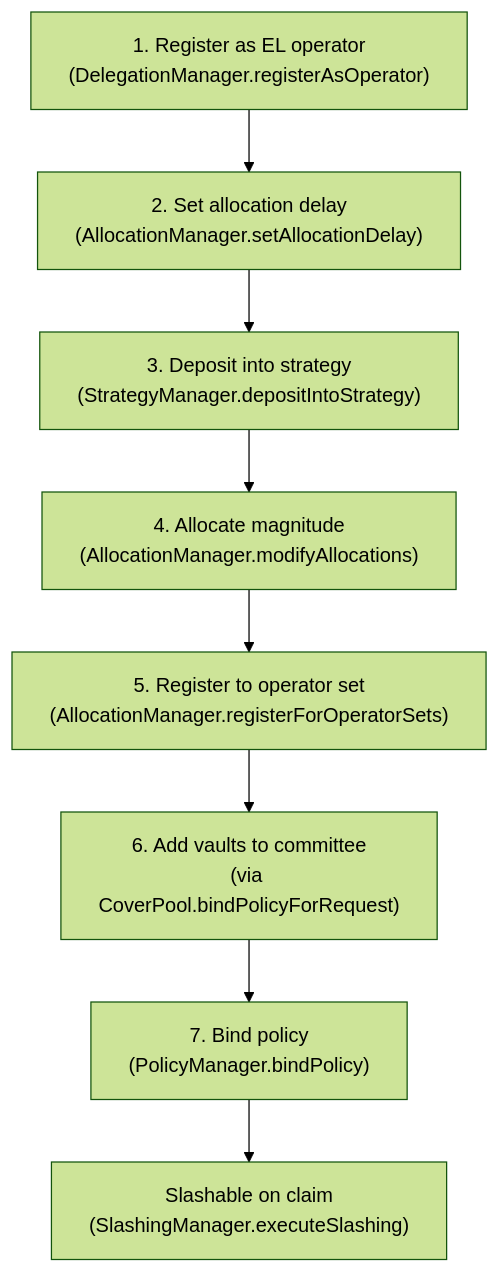
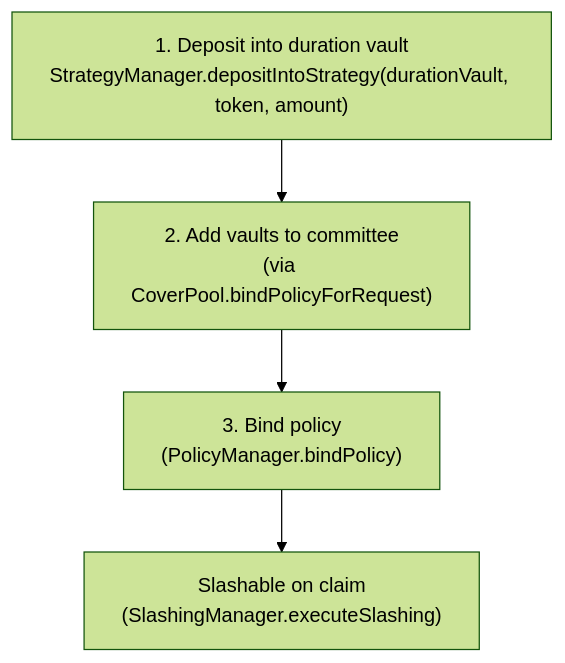
Before and after one commit to 0xcatalysis/coverage: the diagram in docs/architecture/04-restaker-setup.md, drawn with Mermaid (forest theme). The commit also changed other lines of this file and 5 other files, not shown here.

Commit message:
doc: update architecture documentation

````diff
--- a/docs/architecture/04-restaker-setup.md
+++ b/docs/architecture/04-restaker-setup.md
@@ -31,19 +29,11 @@
 ```mermaid
 flowchart TD
-    REG["1. Register as EL operator\n(DelegationManager.registerAsOperator)"]
-    DELAY["2. Set allocation delay\n(AllocationManager.setAllocationDelay)"]
-    DEPOSIT["3. Deposit into strategy\n(StrategyManager.depositIntoStrategy)"]
-    ALLOC["4. Allocate magnitude\n(AllocationManager.modifyAllocations)"]
-    OPSET["5. Register to operator set\n(AllocationManager.registerForOperatorSets)"]
-    VAULTS["6. Add vaults to committee\n(via CoverPool.bindPolicyForRequest)"]
-    BIND["7. Bind policy\n(PolicyManager.bindPolicy)"]
+    DEPOSIT["1. Deposit into duration vault\nStrategyManager.depositIntoStrategy(durationVault, token, amount)"]
+    VAULTS["2. Add vaults to committee\n(via CoverPool.bindPolicyForRequest)"]
+    BIND["3. Bind policy\n(PolicyManager.bindPolicy)"]
     SLASH["Slashable on claim\n(SlashingManager.executeSlashing)"]
 
-    REG --> DELAY
-    DELAY --> DEPOSIT
-    DEPOSIT --> ALLOC
-    ALLOC --> OPSET
-    OPSET --> VAULTS
+    DEPOSIT --> VAULTS
     VAULTS --> BIND
     BIND --> SLASH
 ```
````
